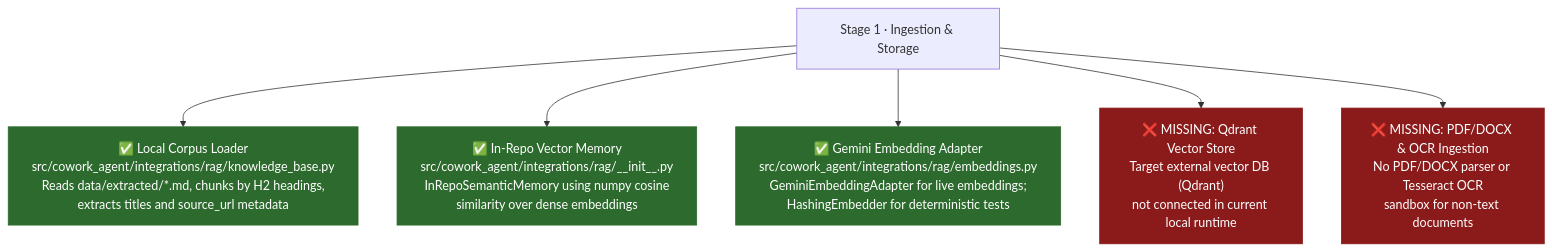
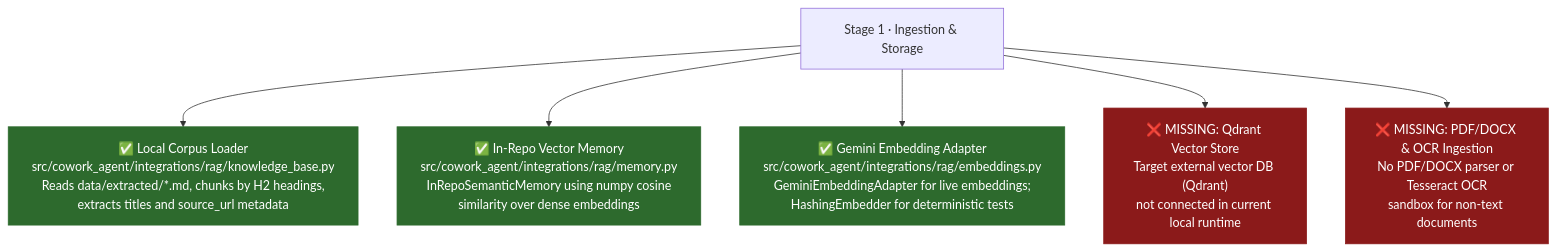
One commit to MathematicGuy/EMAIL-AGENT-v1 changed the second of 5 diagrams in docs/evaluations/email-rag/EMAIL-RAG-STATUS.md. Above: the diagram before and after it, drawn with Mermaid. The commit also changed other lines of this file and 45 other files, not shown here.

````diff
--- a/docs/evaluations/email-rag/EMAIL-RAG-STATUS.md
+++ b/docs/evaluations/email-rag/EMAIL-RAG-STATUS.md
@@ -31,14 +31,14 @@
 ```mermaid
 flowchart TD
     S1["Stage 1 · Ingestion & Storage"] --> B1["✅ Local Corpus Loader\nsrc/cowork_agent/integrations/rag/knowledge_base.py\nReads data/extracted/*.md, chunks by H2 headings,\nextracts titles and source_url metadata"]
-    S1 --> B2["✅ In-Repo Vector Memory\nsrc/cowork_agent/integrations/rag/__init__.py\nInRepoSemanticMemory using numpy cosine\nsimilarity over dense embeddings"]
+    S1 --> B2["✅ In-Repo Vector Memory\nsrc/cowork_agent/integrations/rag/memory.py\nInRepoSemanticMemory using numpy cosine\nsimilarity over dense embeddings"]
     S1 --> B3["✅ Gemini Embedding Adapter\nsrc/cowork_agent/integrations/rag/embeddings.py\nGeminiEmbeddingAdapter for live embeddings;\nHashingEmbedder for deterministic tests"]
     S1 --> B4["❌ MISSING: Qdrant Vector Store\nTarget external vector DB (Qdrant)\nnot connected in current local runtime"]
     S1 --> B5["❌ MISSING: PDF/DOCX & OCR Ingestion\nNo PDF/DOCX parser or Tesseract OCR\nsandbox for non-text documents"]
 
     style B1 fill:#2d6a2d,color:#fff,stroke:#2d6a2d
     style B2 fill:#2d6a2d,color:#fff,stroke:#2d6a2d
     style B3 fill:#2d6a2d,color:#fff,stroke:#2d6a2d
     style B4 fill:#8b1a1a,color:#fff,stroke:#8b1a1a
     style B5 fill:#8b1a1a,color:#fff,stroke:#8b1a1a
 ```
````
